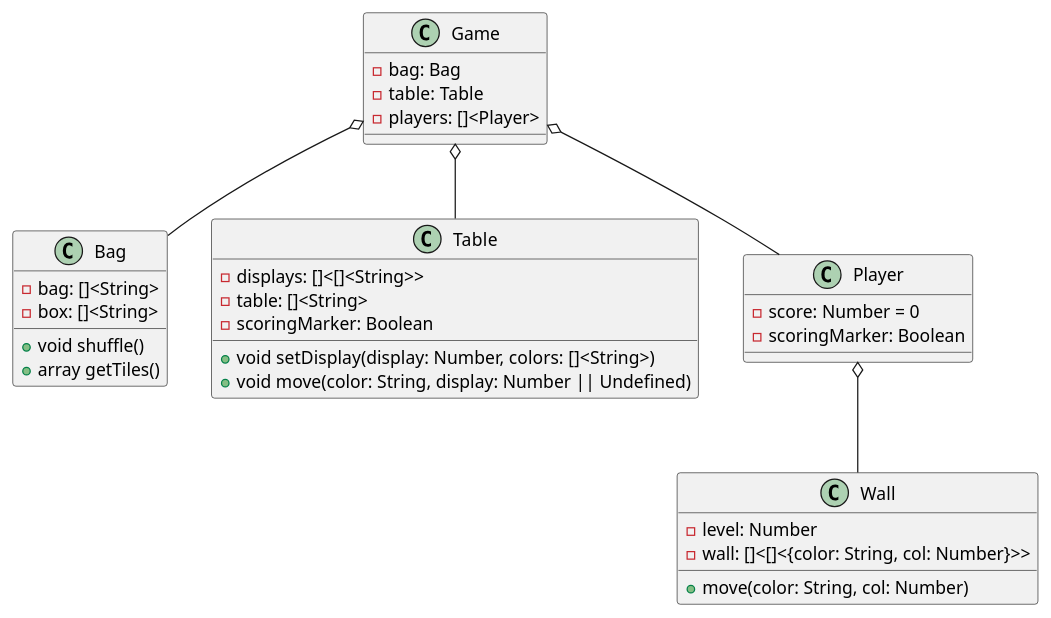
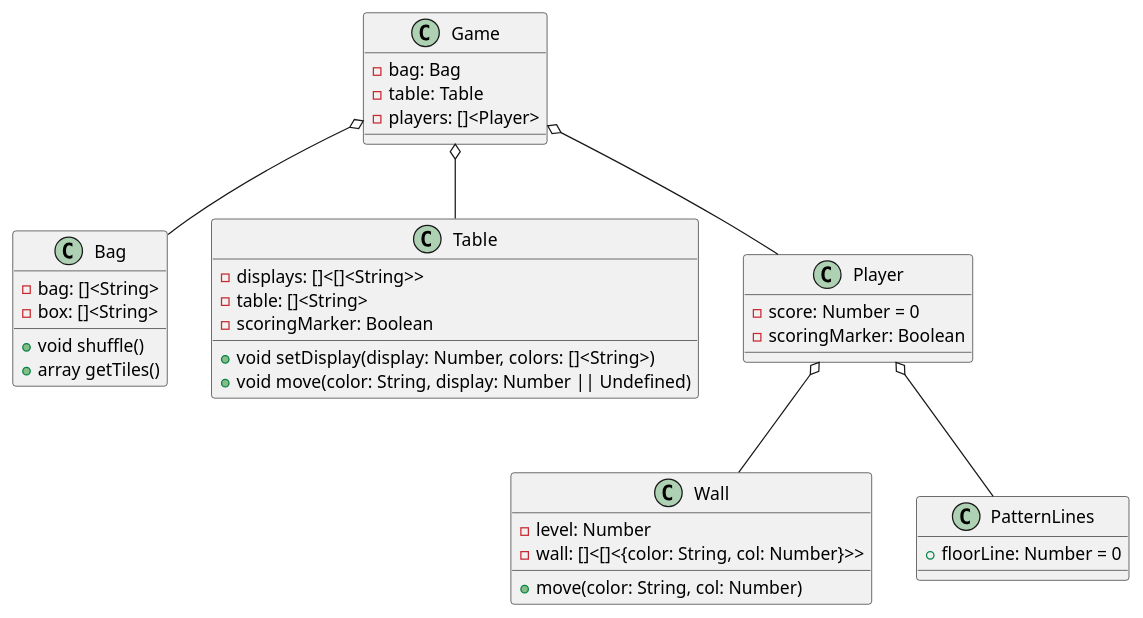
Before and after one commit to ArtemNikolaev/azul: the diagram in design/backend.puml, drawn with PlantUML.

Commit message:
design(backend): add

```diff
--- a/design/backend.puml
+++ b/design/backend.puml
@@ -1,42 +1,47 @@
 @startuml
 
 class Game {
     -bag: Bag
     -table: Table
     -players: []<Player>
 }
 
 class Bag {
     -bag: []<String>
     -box: []<String>
     +void shuffle()
     +array getTiles()
 }
 
 class Table {
     -displays: []<[]<String>>
     -table: []<String>
     -scoringMarker: Boolean
 
     +void setDisplay(display: Number, colors: []<String>)
     +void move(color: String, display: Number || Undefined)
 }
 
 class Player {
     -score: Number = 0
     -scoringMarker: Boolean
 
 }
 
 class Wall {
     -level: Number
     -wall: []<[]<{color: String, col: Number}>>
 
     + move(color: String, col: Number)
 }
 
+class PatternLines {
+    +floorLine: Number = 0
+}
+
 Game o-- Bag
 Game o-- Table
 Game o-- Player
 Player o-- Wall
+Player o-- PatternLines
 @enduml
```
